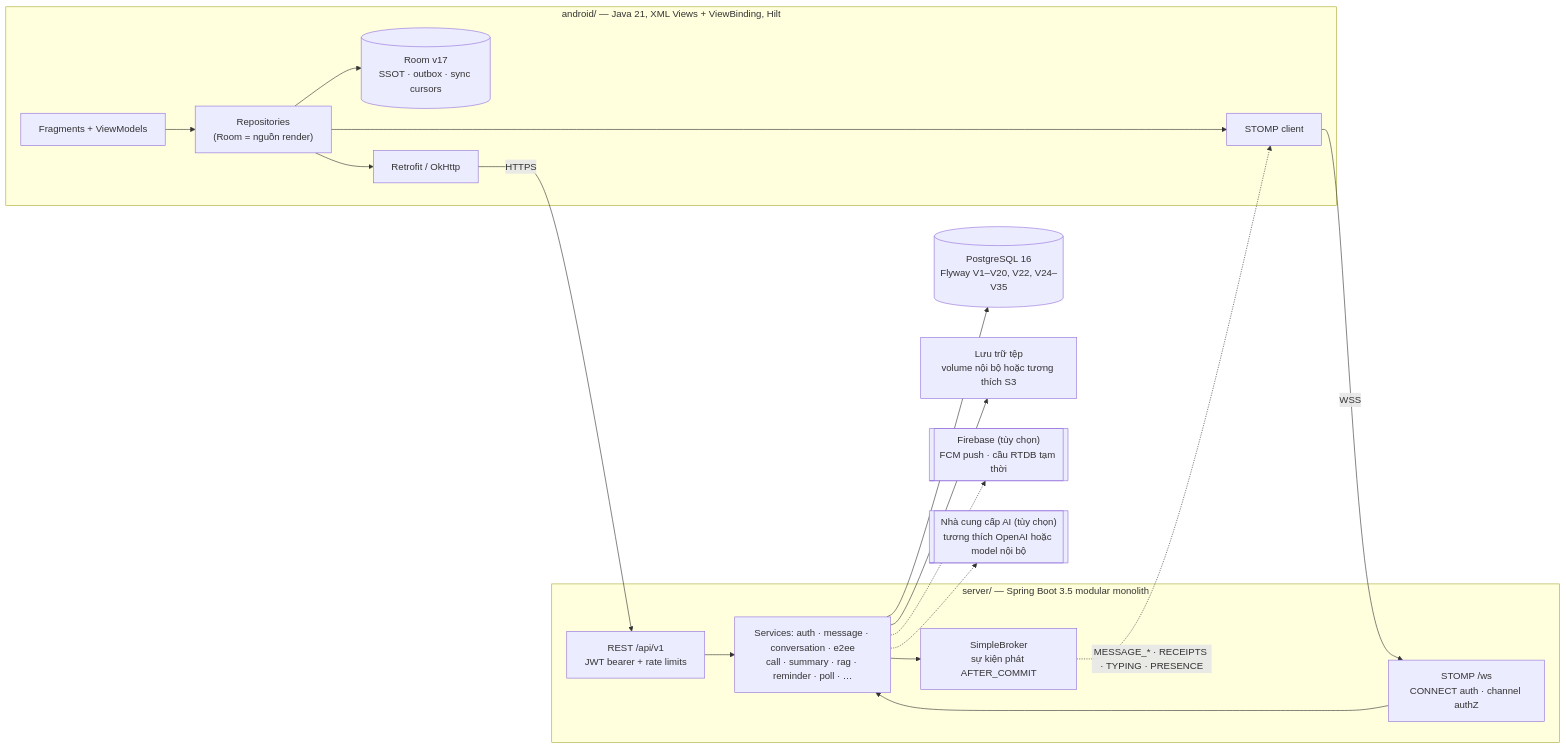
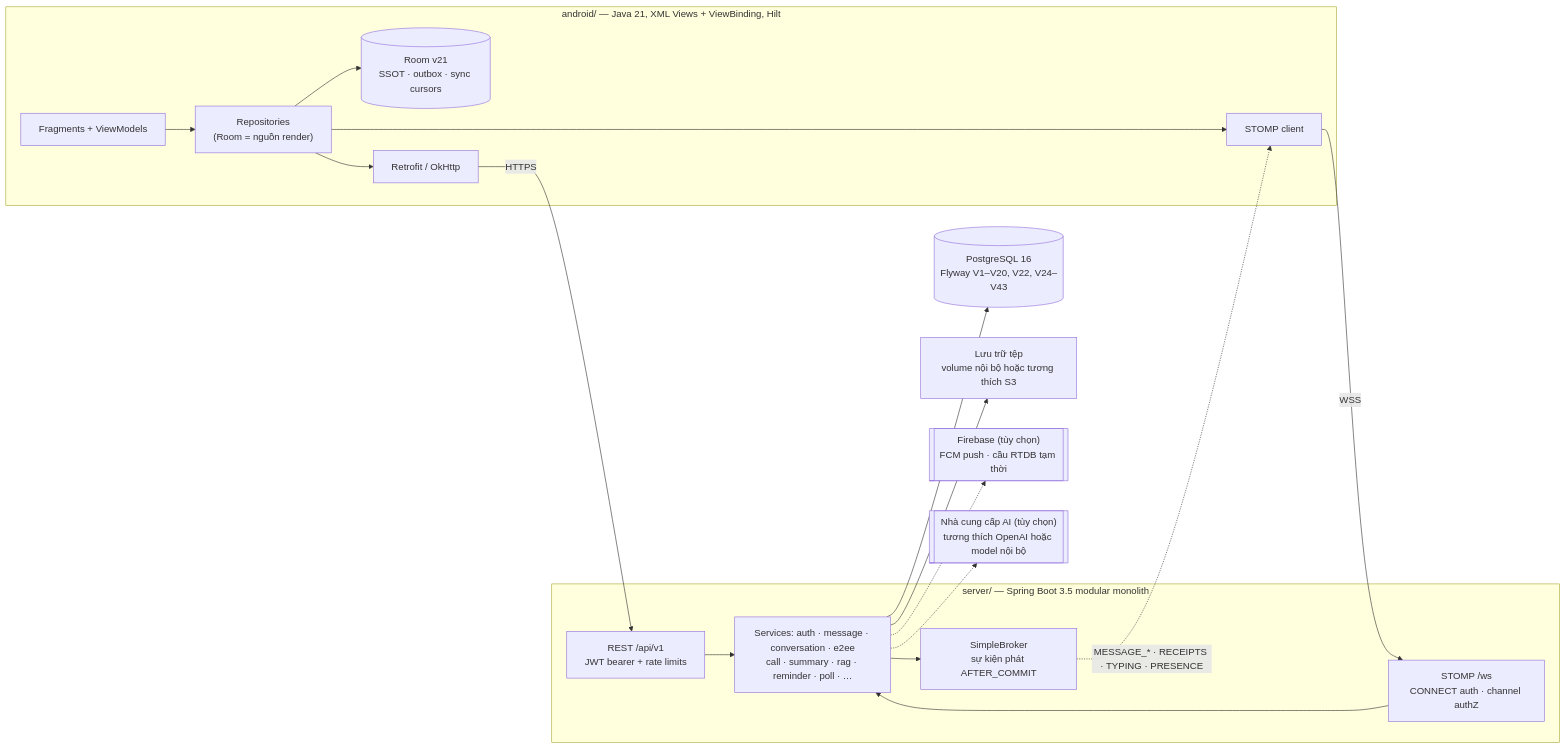
Before and after one commit to JasonTM17/Nexachat_AppJ: the diagram in README.vi.md, drawn with Mermaid. The commit also changed other lines of this file and 9 other files, not shown here.

````diff
--- a/README.vi.md
+++ b/README.vi.md
@@ -69,32 +74,32 @@
 ```mermaid
 flowchart LR
     subgraph Client["android/ — Java 21, XML Views + ViewBinding, Hilt"]
         UI["Fragments + ViewModels"] --> REPO["Repositories<br/>(Room = nguồn render)"]
-        REPO --> ROOM[("Room v17<br/>SSOT · outbox · sync cursors")]
+        REPO --> ROOM[("Room v21<br/>SSOT · outbox · sync cursors")]
         REPO --> RETRO["Retrofit / OkHttp"]
         REPO --> ST["STOMP client"]
     end
 
     subgraph Server["server/ — Spring Boot 3.5 modular monolith"]
         API["REST /api/v1<br/>JWT bearer + rate limits"]
         WSX["STOMP /ws<br/>CONNECT auth · channel authZ"]
         SVC["Services: auth · message · conversation · e2ee<br/>call · summary · rag · reminder · poll · …"]
         BRK["SimpleBroker<br/>sự kiện phát AFTER_COMMIT"]
         API --> SVC
         WSX --> SVC
         SVC --> BRK
     end
 
-    DB[("PostgreSQL 16<br/>Flyway V1–V20, V22, V24–V35")]
+    DB[("PostgreSQL 16<br/>Flyway V1–V20, V22, V24–V43")]
     STORE["Lưu trữ tệp<br/>volume nội bộ hoặc tương thích S3"]
     FCM[["Firebase (tùy chọn)<br/>FCM push · cầu RTDB tạm thời"]]
     LLM[["Nhà cung cấp AI (tùy chọn)<br/>tương thích OpenAI hoặc model nội bộ"]]
 
     RETRO -- "HTTPS" --> API
     ST -- "WSS" --> WSX
     SVC --> DB
     SVC --> STORE
     BRK -. "MESSAGE_* · RECEIPTS · TYPING · PRESENCE" .-> ST
     SVC -.-> FCM
     SVC -.-> LLM
 ```
````
